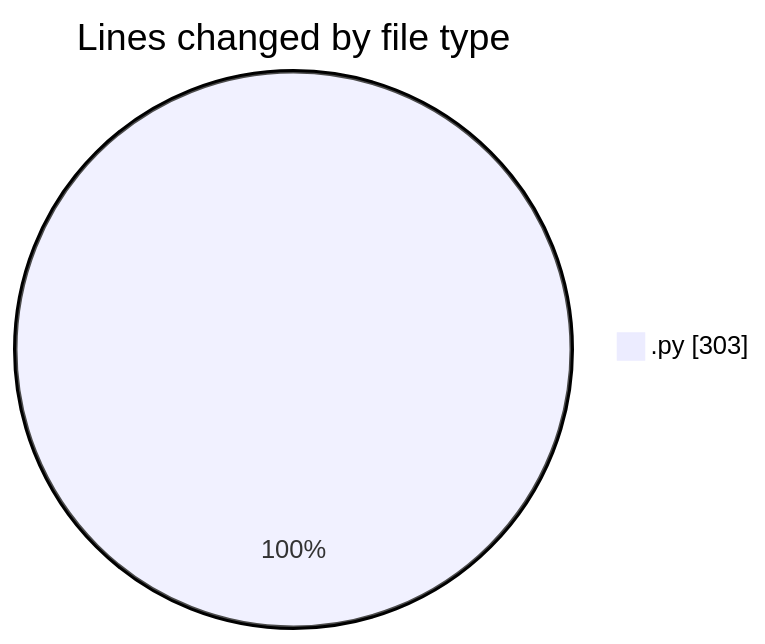
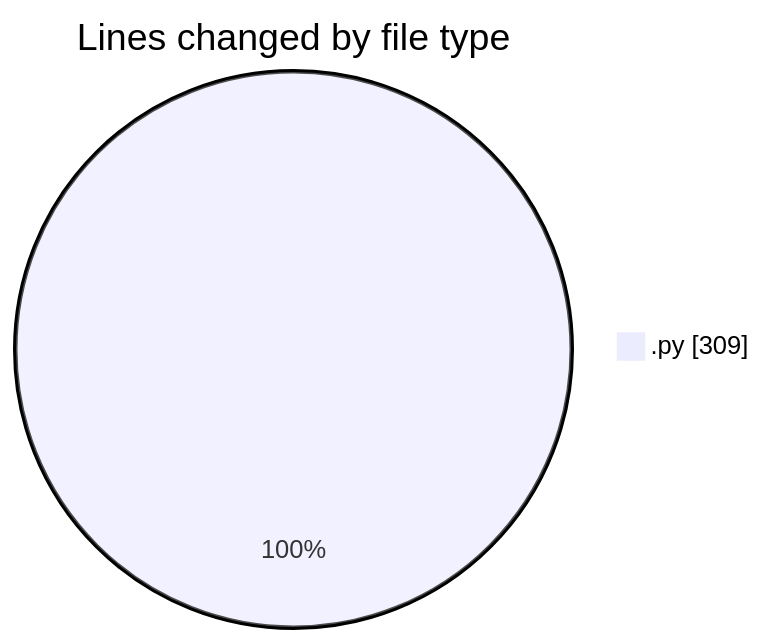
Before and after one commit to momahboobian/code-tracking: the first of 2 diagrams in 2025-03-25/samplepdf/README.md, drawn with Mermaid. The commit also changed other lines of this file and 1 other file, not shown here.

````diff
--- a/2025-03-25/samplepdf/README.md
+++ b/2025-03-25/samplepdf/README.md
@@ -21,5 +21,5 @@
 ```mermaid
 pie showData
 title Lines changed by file type
-".py" : 303
+".py" : 309
 ```
````
